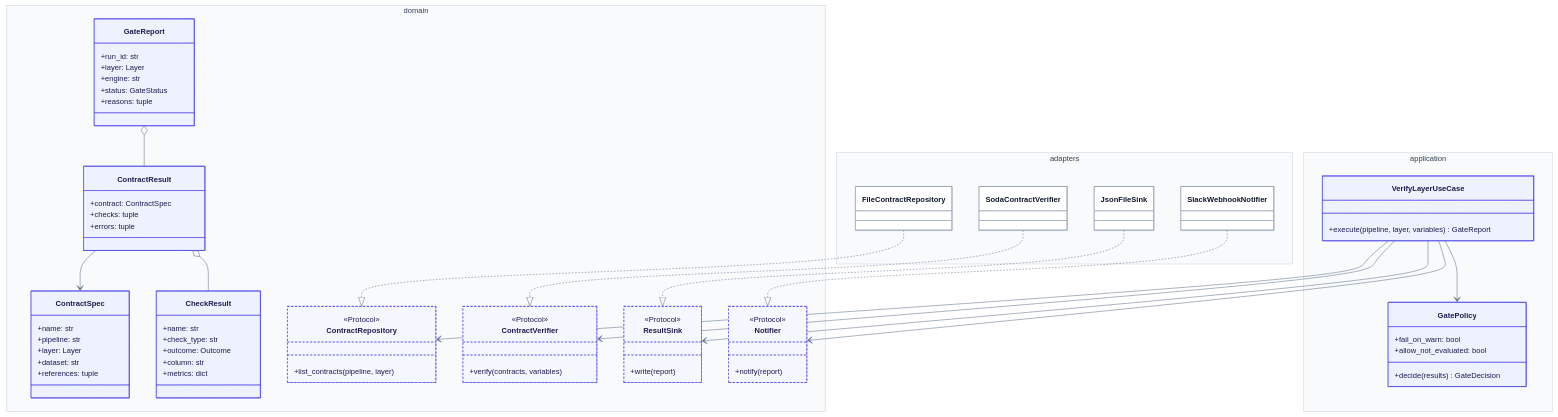
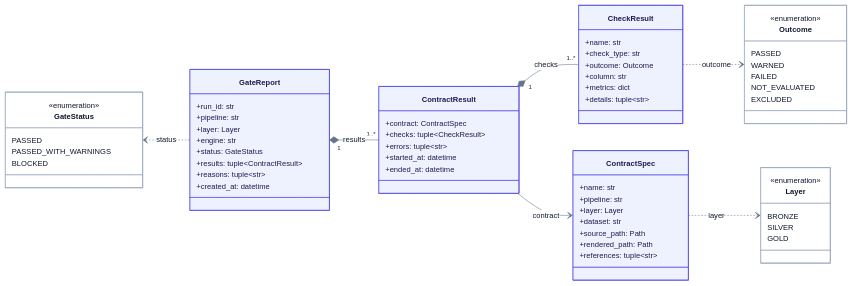
One commit to santoshshinde2012/lakehouse-quality-gates changed the diagram in docs/diagrams/domain-model.mmd. Above: the diagram before and after it, drawn with Mermaid. The commit also changed 48 other files, not shown here.

```diff
--- a/docs/diagrams/domain-model.mmd
+++ b/docs/diagrams/domain-model.mmd
@@ -1,93 +1,74 @@
 %%{init: {'theme':'base','themeVariables':{'fontFamily':'Inter, system-ui, -apple-system, Segoe UI, Helvetica, Arial, sans-serif','fontSize':'14px','primaryColor':'#ffffff','primaryTextColor':'#0f172a','primaryBorderColor':'#94a3b8','secondaryColor':'#f8fafc','tertiaryColor':'#f8fafc','lineColor':'#64748b','textColor':'#0f172a','clusterBkg':'#f8fafc','clusterBorder':'#cbd5e1','titleColor':'#334155','edgeLabelBackground':'#ffffff','noteBkgColor':'#f8fafc','noteTextColor':'#0f172a','noteBorderColor':'#cbd5e1','actorBkg':'#ffffff','actorBorder':'#94a3b8','actorTextColor':'#0f172a','actorLineColor':'#94a3b8','signalColor':'#475569','signalTextColor':'#0f172a','labelBoxBkgColor':'#f8fafc','labelBoxBorderColor':'#94a3b8','labelTextColor':'#0f172a','loopTextColor':'#0f172a','activationBkgColor':'#eef2ff','activationBorderColor':'#4f46e5','sequenceNumberColor':'#ffffff','classText':'#0f172a','xyChart':{'backgroundColor':'#ffffff','plotColorPalette':'#4f46e5, #d97706, #0d9488','titleColor':'#0f172a','xAxisLabelColor':'#334155','yAxisLabelColor':'#334155','xAxisLineColor':'#94a3b8','yAxisLineColor':'#94a3b8'}}}}%%
-%% Title: Domain model and ports
-%% Purpose: The domain types, the ports (Protocols) and the adapters that implement them
+%% Title: Domain model
+%% Purpose: The value objects a gate run produces and the enumerations they use
 %% Last updated: 2026-10-13
 %% Theme: docs/diagrams/THEME.md (shared init line above). Edit here, then run: make diagrams
 classDiagram
-  direction TB
-  namespace domain {
-    class ContractSpec {
-      +name: str
-      +pipeline: str
-      +layer: Layer
-      +dataset: str
-      +references: tuple
-    }
-    class CheckResult {
-      +name: str
-      +check_type: str
-      +outcome: Outcome
-      +column: str
-      +metrics: dict
-    }
-    class ContractResult {
-      +contract: ContractSpec
-      +checks: tuple
-      +errors: tuple
-    }
-    class GateReport {
-      +run_id: str
-      +layer: Layer
-      +engine: str
-      +status: GateStatus
-      +reasons: tuple
-    }
-    class ContractRepository {
-      <<Protocol>>
-      +list_contracts(pipeline, layer)
-    }
-    class ContractVerifier {
-      <<Protocol>>
-      +verify(contracts, variables)
-    }
-    class ResultSink {
-      <<Protocol>>
-      +write(report)
-    }
-    class Notifier {
-      <<Protocol>>
-      +notify(report)
-    }
+  direction LR
+  class GateReport {
+    +run_id: str
+    +pipeline: str
+    +layer: Layer
+    +engine: str
+    +status: GateStatus
+    +results: tuple~ContractResult~
+    +reasons: tuple~str~
+    +created_at: datetime
   }
-  namespace application {
-    class VerifyLayerUseCase {
-      +execute(pipeline, layer, variables) GateReport
-    }
-    class GatePolicy {
-      +fail_on_warn: bool
-      +allow_not_evaluated: bool
-      +decide(results) GateDecision
-    }
+  class ContractResult {
+    +contract: ContractSpec
+    +checks: tuple~CheckResult~
+    +errors: tuple~str~
+    +started_at: datetime
+    +ended_at: datetime
   }
-  namespace adapters {
-    class FileContractRepository
-    class SodaContractVerifier
-    class JsonFileSink
-    class SlackWebhookNotifier
+  class CheckResult {
+    +name: str
+    +check_type: str
+    +outcome: Outcome
+    +column: str
+    +metrics: dict
+    +details: tuple~str~
   }
-  ContractResult o-- CheckResult
-  ContractResult --> ContractSpec
-  GateReport o-- ContractResult
-  VerifyLayerUseCase --> ContractRepository
-  VerifyLayerUseCase --> ContractVerifier
-  VerifyLayerUseCase --> GatePolicy
-  VerifyLayerUseCase --> ResultSink
-  VerifyLayerUseCase --> Notifier
-  FileContractRepository ..|> ContractRepository
-  SodaContractVerifier ..|> ContractVerifier
-  JsonFileSink ..|> ResultSink
-  SlackWebhookNotifier ..|> Notifier
+  class ContractSpec {
+    +name: str
+    +pipeline: str
+    +layer: Layer
+    +dataset: str
+    +source_path: Path
+    +rendered_path: Path
+    +references: tuple~str~
+  }
+  class GateStatus {
+    <<enumeration>>
+    PASSED
+    PASSED_WITH_WARNINGS
+    BLOCKED
+  }
+  class Outcome {
+    <<enumeration>>
+    PASSED
+    WARNED
+    FAILED
+    NOT_EVALUATED
+    EXCLUDED
+  }
+  class Layer {
+    <<enumeration>>
+    BRONZE
+    SILVER
+    GOLD
+  }
+  GateStatus <.. GateReport : status
+  GateReport "1" *-- "1..*" ContractResult : results
+  ContractResult "1" *-- "1..*" CheckResult : checks
+  ContractResult --> ContractSpec : contract
+  CheckResult ..> Outcome : outcome
+  ContractSpec ..> Layer : layer
+  style GateReport fill:#eef2ff,stroke:#4f46e5,color:#1e1b4b
+  style ContractResult fill:#eef2ff,stroke:#4f46e5,color:#1e1b4b
+  style CheckResult fill:#eef2ff,stroke:#4f46e5,color:#1e1b4b
   style ContractSpec fill:#eef2ff,stroke:#4f46e5,color:#1e1b4b
-  style CheckResult fill:#eef2ff,stroke:#4f46e5,color:#1e1b4b
-  style ContractResult fill:#eef2ff,stroke:#4f46e5,color:#1e1b4b
-  style GateReport fill:#eef2ff,stroke:#4f46e5,color:#1e1b4b
-  style ContractRepository fill:#f5f7ff,stroke:#4f46e5,stroke-dasharray:4 3,color:#1e1b4b
-  style ContractVerifier fill:#f5f7ff,stroke:#4f46e5,stroke-dasharray:4 3,color:#1e1b4b
-  style ResultSink fill:#f5f7ff,stroke:#4f46e5,stroke-dasharray:4 3,color:#1e1b4b
-  style Notifier fill:#f5f7ff,stroke:#4f46e5,stroke-dasharray:4 3,color:#1e1b4b
-  style VerifyLayerUseCase fill:#eef2ff,stroke:#4f46e5,color:#1e1b4b
-  style GatePolicy fill:#eef2ff,stroke:#4f46e5,color:#1e1b4b
-  style FileContractRepository fill:#ffffff,stroke:#94a3b8,color:#0f172a
-  style SodaContractVerifier fill:#ffffff,stroke:#94a3b8,color:#0f172a
-  style JsonFileSink fill:#ffffff,stroke:#94a3b8,color:#0f172a
-  style SlackWebhookNotifier fill:#ffffff,stroke:#94a3b8,color:#0f172a
+  style GateStatus fill:#ffffff,stroke:#94a3b8,color:#0f172a
+  style Outcome fill:#ffffff,stroke:#94a3b8,color:#0f172a
+  style Layer fill:#ffffff,stroke:#94a3b8,color:#0f172a
```
